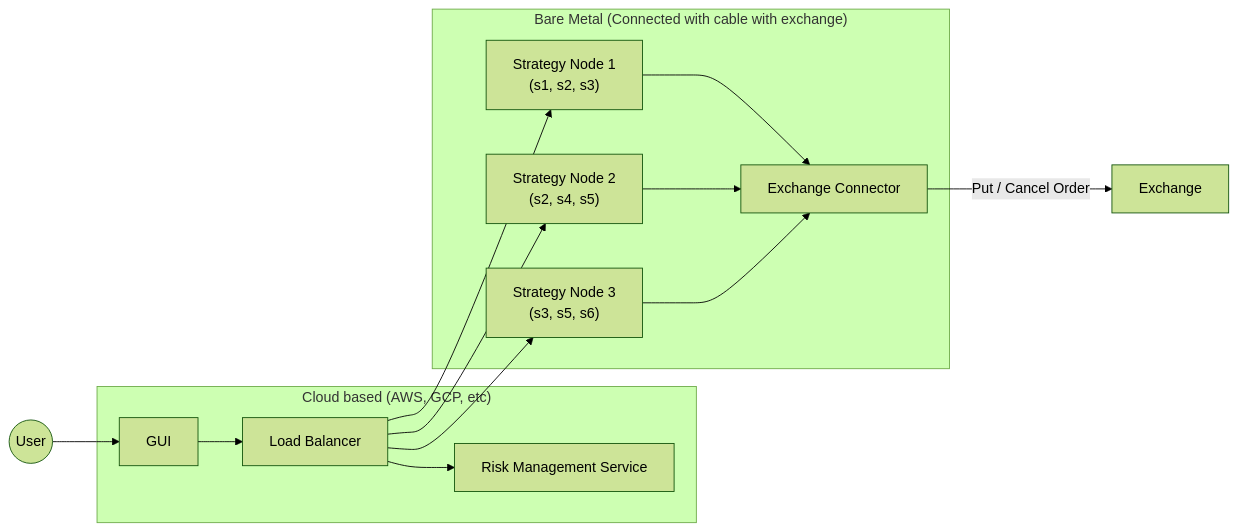
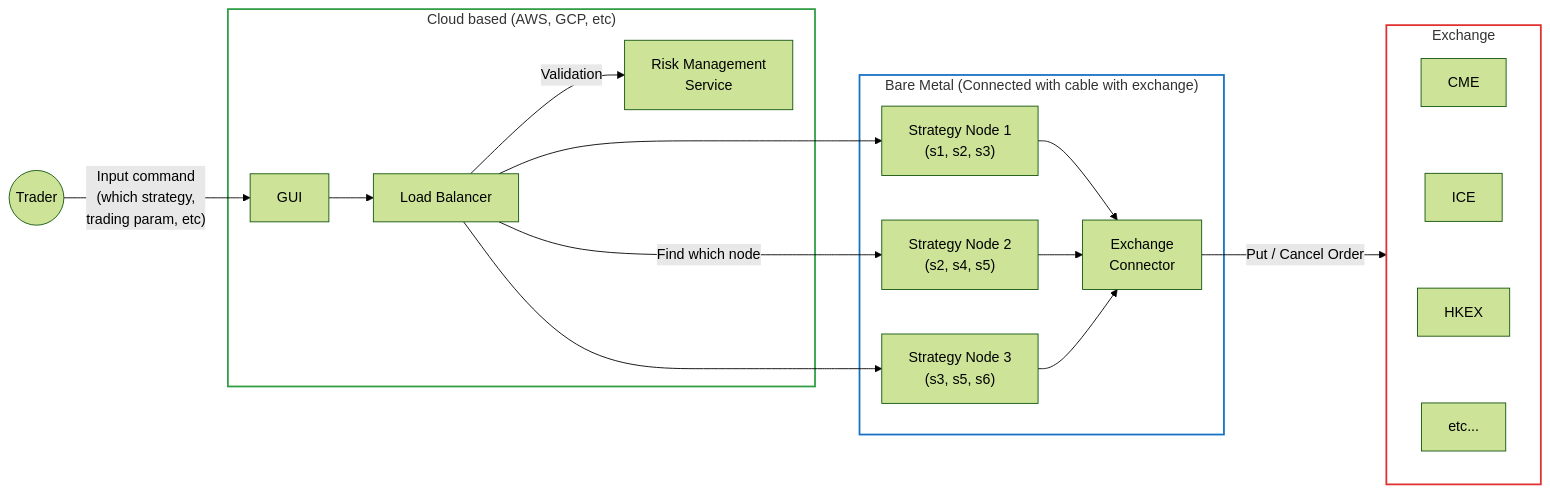
One commit to papannnn/Trading-Engine-Simulator changed the diagram in 01-introduction/README.md. Above: the diagram before and after it, drawn with Mermaid (forest theme). The commit also changed other lines of this file, not shown here.

````diff
--- a/01-introduction/README.md
+++ b/01-introduction/README.md
@@ -1,24 +10,30 @@
 ```mermaid
 flowchart LR
-    User((User)) --> GUI
+    Trader((Trader)) -- "Input command<br/>(which strategy,<br/>trading param, etc)" --> GUI
 
     subgraph Cloud["Cloud based (AWS, GCP, etc)"]
-        GUI --> LB[Load Balancer]
-        LB --> Risk[Risk Management Service]
+        GUI[GUI] --> LB[Load Balancer]
+        LB -- Validation --> Risk[Risk Management<br/>Service]
     end
 
+    LB ---> N1
+    LB -- "Find which node" ---> N2
+    LB ---> N3
+
     subgraph BareMetal["Bare Metal (Connected with cable with exchange)"]
-        N1["Strategy Node 1<br/>(s1, s2, s3)"]
-        N2["Strategy Node 2<br/>(s2, s4, s5)"]
-        N3["Strategy Node 3<br/>(s3, s5, s6)"]
-        EC[Exchange Connector]
-        N1 --> EC
-        N2 --> EC
-        N3 --> EC
+        N1["Strategy Node 1<br/>(s1, s2, s3)"] --> EC[Exchange<br/>Connector]
+        N2["Strategy Node 2<br/>(s2, s4, s5)"] --> EC
+        N3["Strategy Node 3<br/>(s3, s5, s6)"] --> EC
     end
 
-    LB --> N1
-    LB --> N2
-    LB --> N3
-    EC -- "Put / Cancel Order" --> EX[Exchange]
+    EC -- "Put / Cancel Order" --> Exchange
+
+    subgraph Exchange
+        direction TB
+        CME ~~~ ICE ~~~ HKEX ~~~ ETC["etc..."]
+    end
+
+    style Cloud fill:none,stroke:#2f9e44,stroke-width:2px
+    style BareMetal fill:none,stroke:#1971c2,stroke-width:2px
+    style Exchange fill:none,stroke:#e03131,stroke-width:2px
 ```
````
